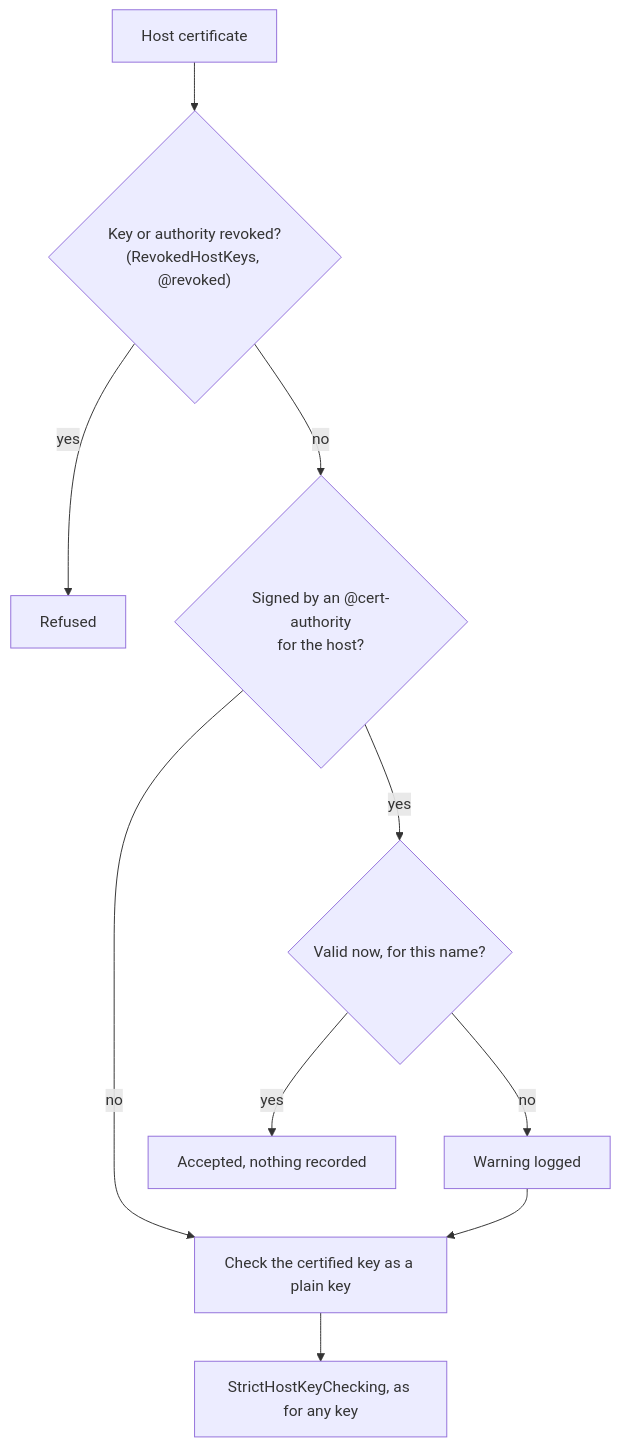
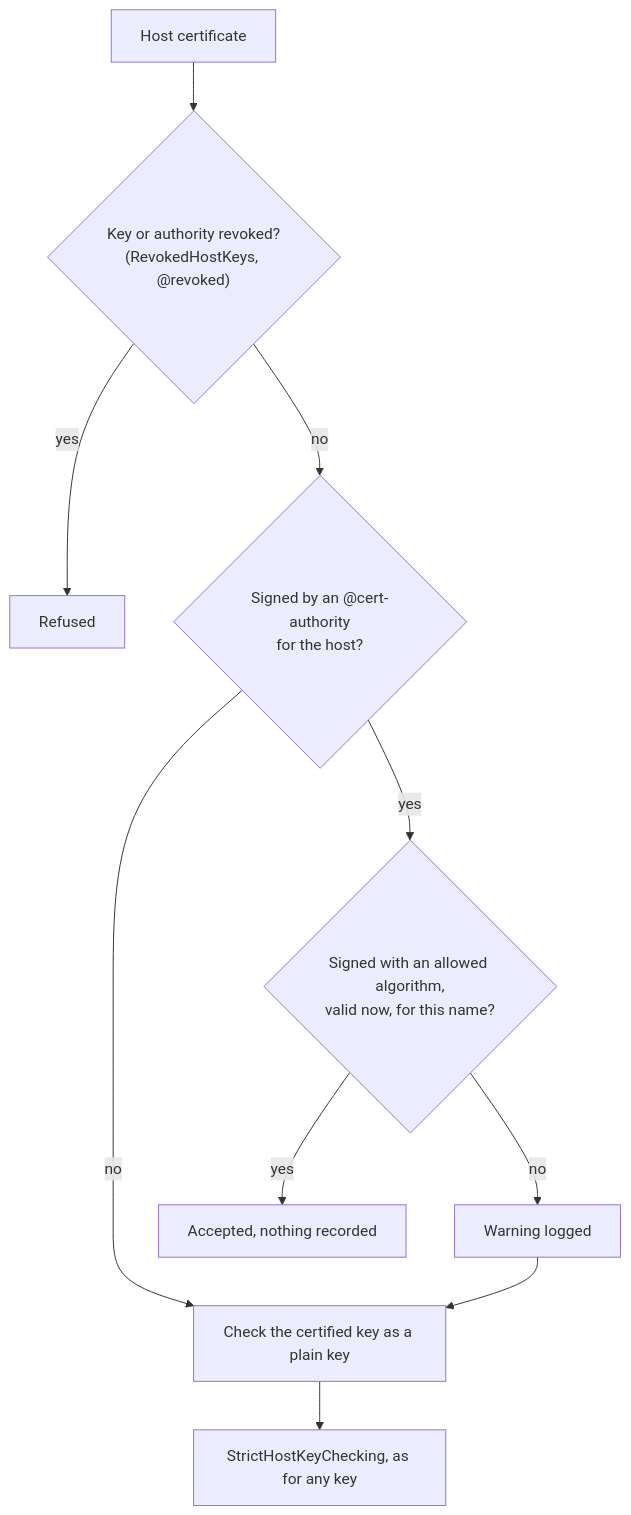
One commit to zcsizmadia/SshSharp changed the diagram in docs/host-keys.md. Above: the diagram before and after it, drawn with Mermaid. The commit also changed other lines of this file and 23 other files, not shown here.

````diff
--- a/docs/host-keys.md
+++ b/docs/host-keys.md
@@ -72,11 +74,11 @@
 ```mermaid
 flowchart TD
     A[Host certificate] --> R{"Key or authority revoked?<br/>(RevokedHostKeys, @revoked)"}
     R -- yes --> X[Refused]
     R -- no --> T{"Signed by an @cert-authority<br/>for the host?"}
     T -- no --> P[Check the certified key as a plain key]
-    T -- yes --> U{"Valid now, for this name?"}
+    T -- yes --> U{"Signed with an allowed algorithm,<br/>valid now, for this name?"}
     U -- yes --> OK[Accepted, nothing recorded]
     U -- no --> W[Warning logged] --> P
     P --> S[StrictHostKeyChecking, as for any key]
 ```
````
